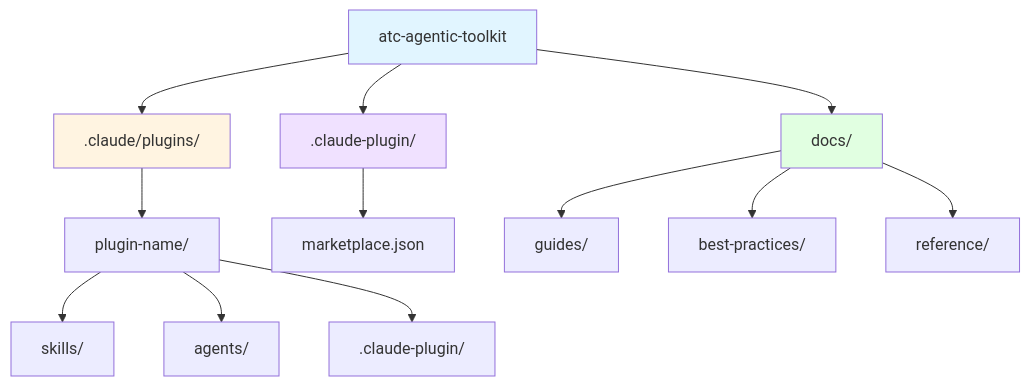
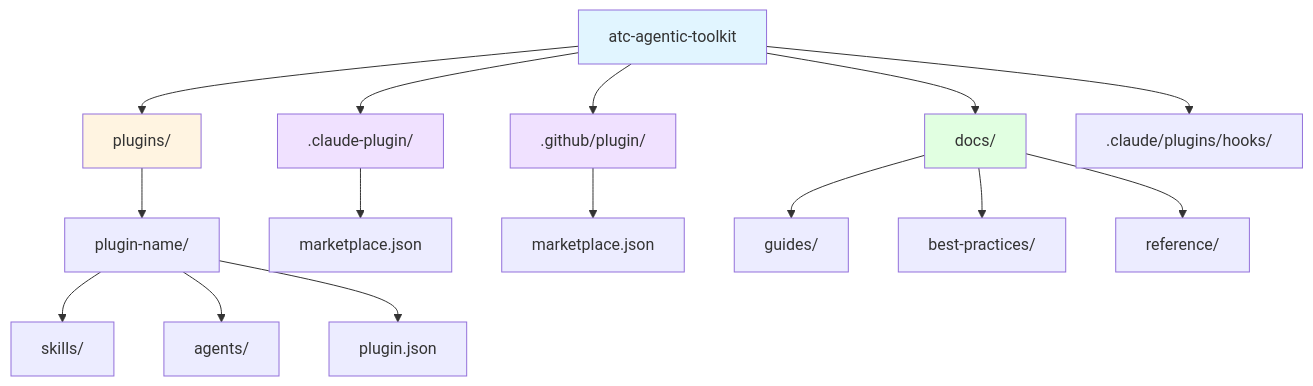
Before and after one commit to atc-net/atc-agentic-toolkit: the diagram in README.md, drawn with Mermaid. The commit also changed other lines of this file and 365 other files, not shown here.

````diff
--- a/README.md
+++ b/README.md
@@ -86,22 +109,26 @@
 ```mermaid
 graph TD
-    A[atc-agentic-toolkit] --> B[.claude/plugins/]
+    A[atc-agentic-toolkit] --> B[plugins/]
     A --> C[.claude-plugin/]
+    A --> G[.github/plugin/]
     A --> D[docs/]
+    A --> H[.claude/plugins/hooks/]
 
     B --> E["plugin-name/"]
     E --> F[skills/]
-    E --> G[agents/]
-    E --> H[.claude-plugin/]
+    E --> I[agents/]
+    E --> K[plugin.json]
 
     C --> J[marketplace.json]
+    G --> L[marketplace.json]
 
-    D --> K[guides/]
-    D --> L[best-practices/]
-    D --> M[reference/]
+    D --> M[guides/]
+    D --> N[best-practices/]
+    D --> O[reference/]
 
     style A fill:#e1f5ff
     style B fill:#fff4e1
     style C fill:#f0e1ff
+    style G fill:#f0e1ff
     style D fill:#e1ffe1
 ```
````
